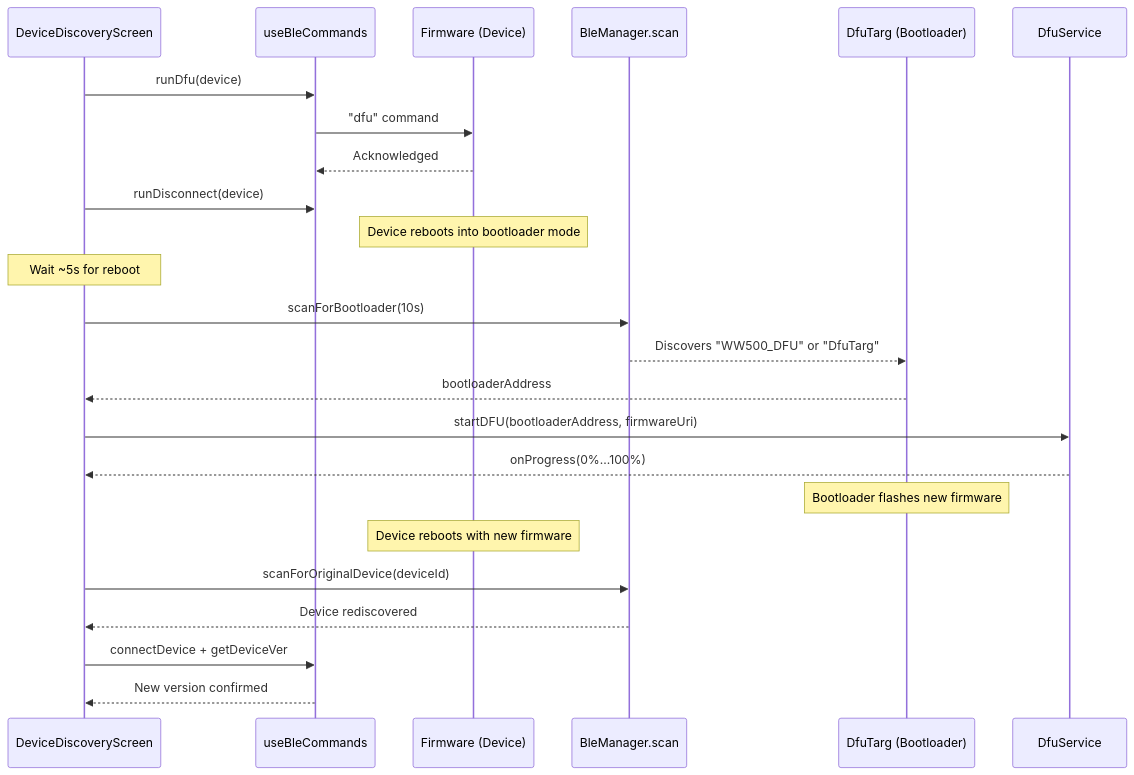
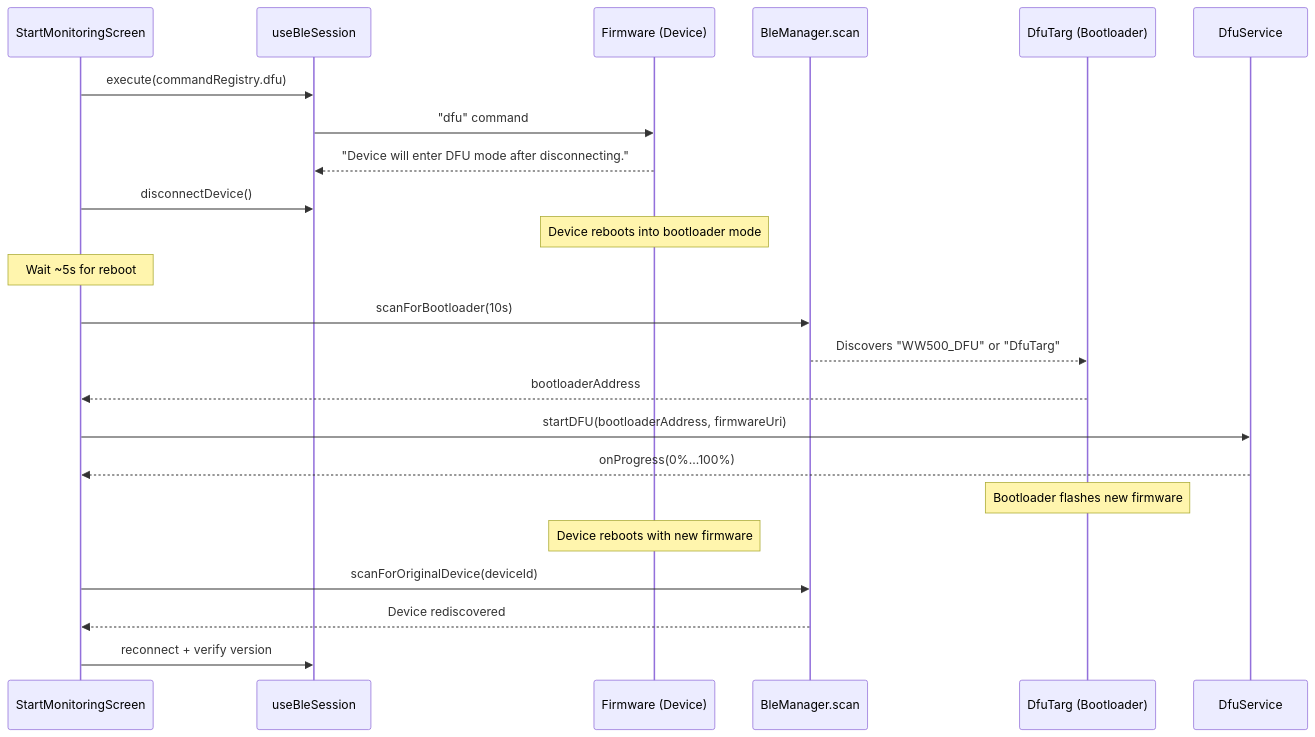
The fifth of 5 diagrams in documentation/resources/BLE_Architecture.md (wildlifeai/ww-mobile-app), drawn with Mermaid before and after one commit. The commit also changed other lines of this file and 62 other files, not shown here.

First line of the commit message:
feat(ble): stabilize rx routing and update flows

````diff
--- a/documentation/resources/BLE_Architecture.md
+++ b/documentation/resources/BLE_Architecture.md
@@ -161,30 +382,29 @@
 ```mermaid
 sequenceDiagram
-    participant UI as DeviceDiscoveryScreen
-    participant BLE as useBleCommands
+    participant UI as StartMonitoringScreen
+    participant Sess as useBleSession
     participant FW as Firmware (Device)
     participant Scan as BleManager.scan
     participant Boot as DfuTarg (Bootloader)
     participant DFU as DfuService
 
-    UI->>BLE: runDfu(device)
-    BLE->>FW: "dfu" command
-    FW-->>BLE: Acknowledged
-    UI->>BLE: runDisconnect(device)
+    UI->>Sess: execute(commandRegistry.dfu)
+    Sess->>FW: "dfu" command
+    FW-->>Sess: "Device will enter DFU mode after disconnecting."
+    UI->>Sess: disconnectDevice()
     Note over FW: Device reboots into bootloader mode
     Note over UI: Wait ~5s for reboot
 
     UI->>Scan: scanForBootloader(10s)
     Scan-->>Boot: Discovers "WW500_DFU" or "DfuTarg"
     Boot-->>UI: bootloaderAddress
 
     UI->>DFU: startDFU(bootloaderAddress, firmwareUri)
     DFU-->>UI: onProgress(0%...100%)
     Note over Boot: Bootloader flashes new firmware
 
     Note over FW: Device reboots with new firmware
     UI->>Scan: scanForOriginalDevice(deviceId)
     Scan-->>UI: Device rediscovered
-    UI->>BLE: connectDevice + getDeviceVer
-    BLE-->>UI: New version confirmed
+    UI->>Sess: reconnect + verify version
 ```
````
